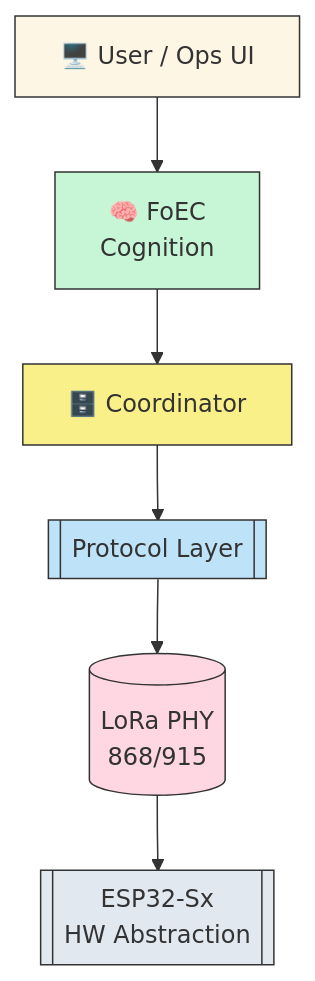
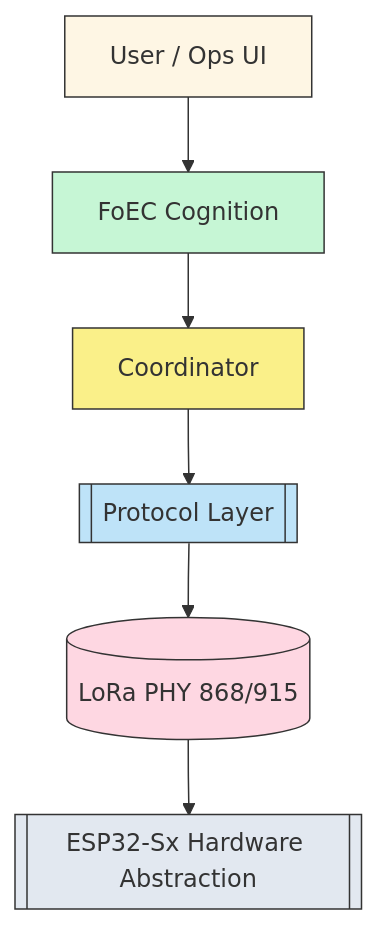
The first of 3 diagrams in docs/overview/echomesh_stack.md (echomesh/echomesh), drawn with Mermaid before and after one commit. The commit also changed other lines of this file and 33 other files, not shown here.

`````diff
--- a/docs/overview/echomesh_stack.md
+++ b/docs/overview/echomesh_stack.md
@@ -8,22 +10,22 @@
 ```mermaid
 flowchart TD
-    UI[🖥️ User / Ops UI]:::ui
-    AI[🧠 FoEC\n Cognition]:::ai
-    CTRL[🗄️ Coordinator]:::ctrl
+    UI[User / Ops UI]:::ui
+    AI[FoEC Cognition]:::ai
+    CTRL[Coordinator]:::ctrl
     LOGIC[[Protocol Layer]]:::proto
-    LINK[(LoRa PHY\n 868/915)]:::link
-    HW[[ESP32-Sx\nHW Abstraction]]:::hw
+    LINK[(LoRa PHY 868/915)]:::link
+    HW[[ESP32-Sx Hardware Abstraction]]:::hw
 
     UI --> AI
     AI --> CTRL
     CTRL --> LOGIC
     LOGIC --> LINK
     LINK --> HW
 
     classDef ui fill:#fef6e4,stroke:#333,stroke-width:1px;
     classDef ai fill:#c6f6d5,stroke:#333,stroke-width:1px;
     classDef ctrl fill:#faf089,stroke:#333,stroke-width:1px;
     classDef proto fill:#bee3f8,stroke:#333,stroke-width:1px;
     classDef link fill:#fed7e2,stroke:#333,stroke-width:1px;
     classDef hw fill:#e2e8f0,stroke:#333,stroke-width:1px;
-````
+```
`````
